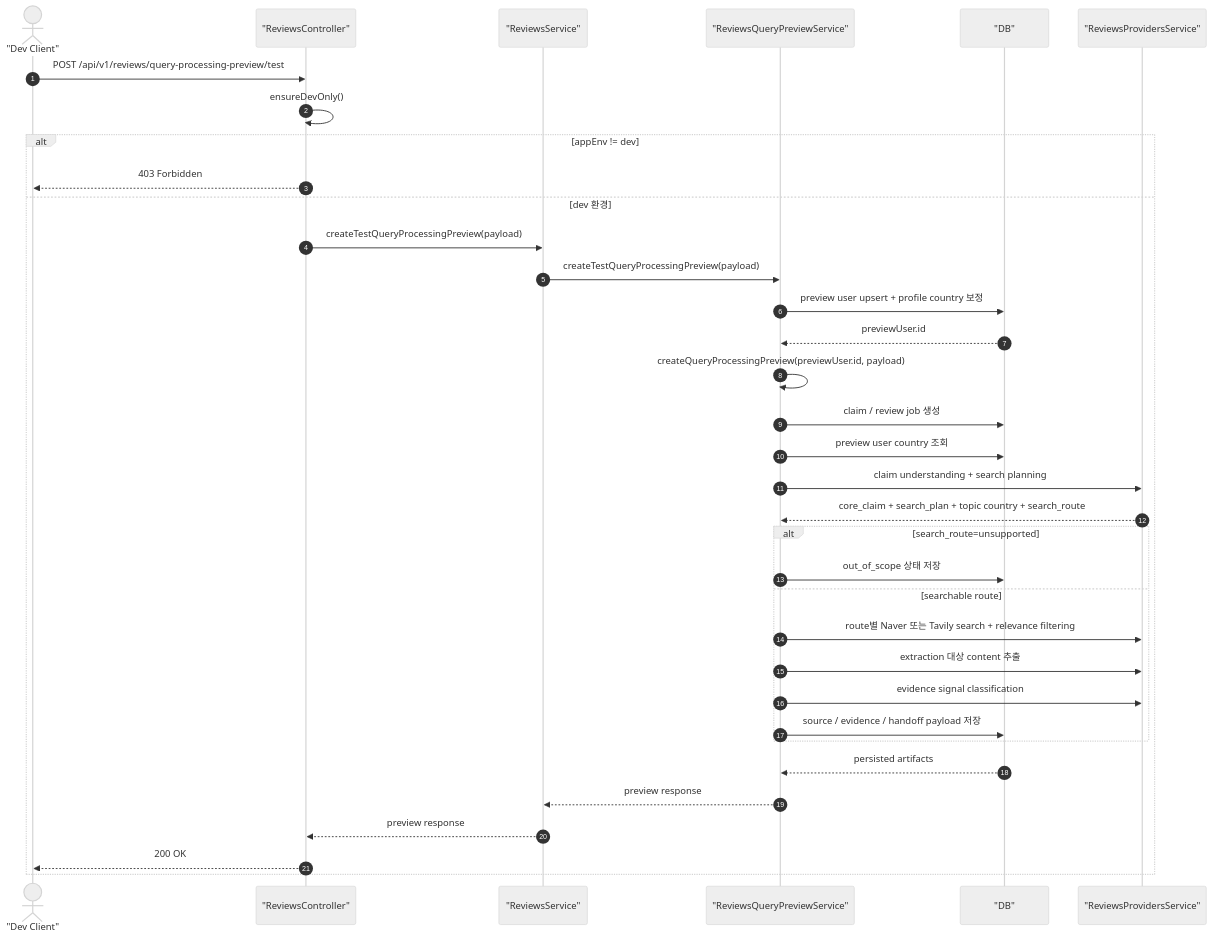
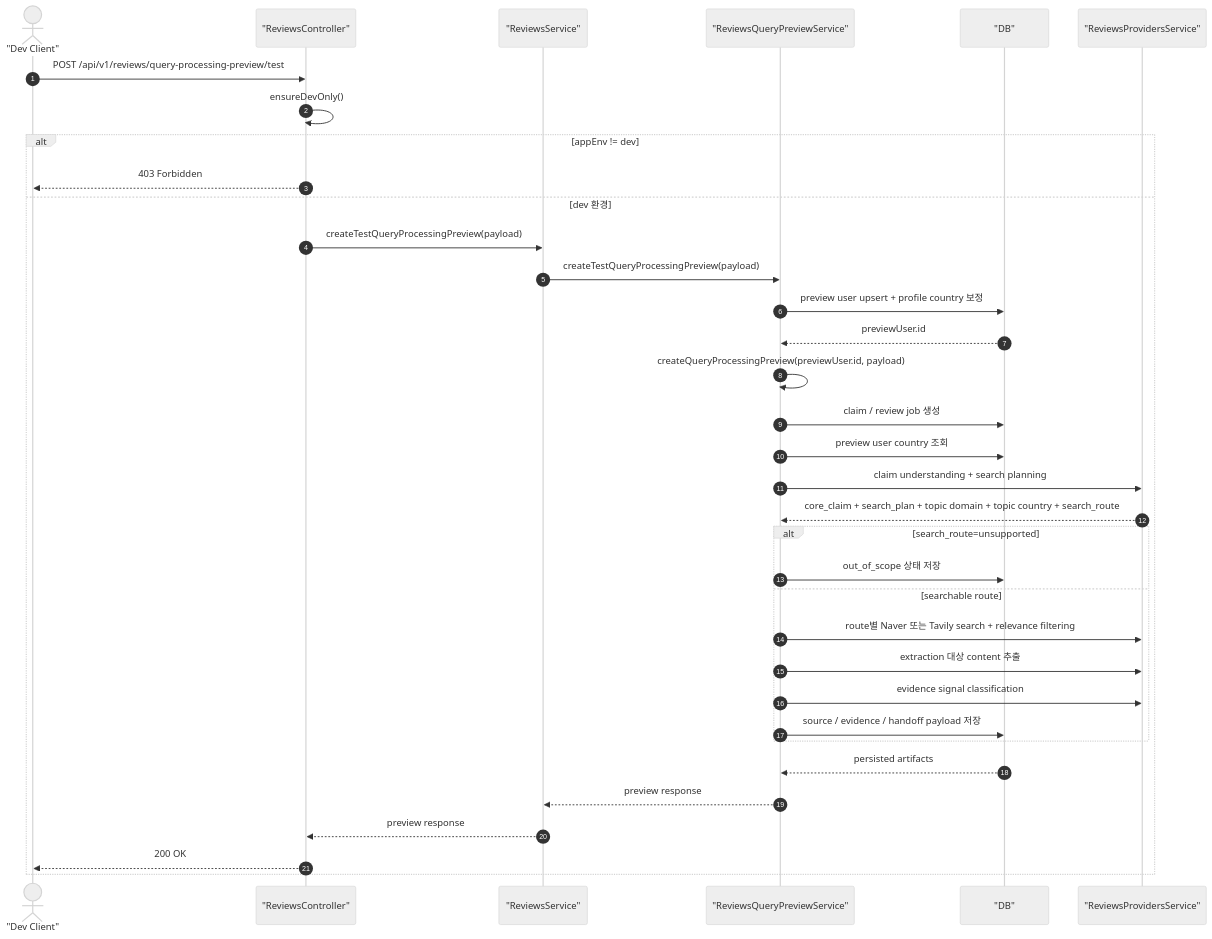
Before and after one commit to dyjeong576/varo: the second of 2 diagrams in docs/review-query-processing.md, drawn with Mermaid (neutral theme). The commit also changed other lines of this file and 15 other files, not shown here.

First line of the commit message:
Refactor Reviews Service for Korean News and Tavily Search Integration

````diff
--- a/docs/review-query-processing.md
+++ b/docs/review-query-processing.md
@@ -245,39 +227,39 @@
 ```mermaid
 sequenceDiagram
     autonumber
     actor DevClient as "Dev Client"
     participant Controller as "ReviewsController"
     participant ReviewsService as "ReviewsService"
     participant QueryPreviewService as "ReviewsQueryPreviewService"
     participant DB as "DB"
     participant Providers as "ReviewsProvidersService"
 
     DevClient->>Controller: POST /api/v1/reviews/query-processing-preview/test
     Controller->>Controller: ensureDevOnly()
 
     alt appEnv != dev
         Controller-->>DevClient: 403 Forbidden
     else dev 환경
         Controller->>ReviewsService: createTestQueryProcessingPreview(payload)
         ReviewsService->>QueryPreviewService: createTestQueryProcessingPreview(payload)
         QueryPreviewService->>DB: preview user upsert + profile country 보정
         DB-->>QueryPreviewService: previewUser.id
         QueryPreviewService->>QueryPreviewService: createQueryProcessingPreview(previewUser.id, payload)
         QueryPreviewService->>DB: claim / review job 생성
         QueryPreviewService->>DB: preview user country 조회
         QueryPreviewService->>Providers: claim understanding + search planning
-        Providers-->>QueryPreviewService: core_claim + search_plan + topic country + search_route
+        Providers-->>QueryPreviewService: core_claim + search_plan + topic domain + topic country + search_route
         alt search_route=unsupported
             QueryPreviewService->>DB: out_of_scope 상태 저장
         else searchable route
             QueryPreviewService->>Providers: route별 Naver 또는 Tavily search + relevance filtering
             QueryPreviewService->>Providers: extraction 대상 content 추출
             QueryPreviewService->>Providers: evidence signal classification
             QueryPreviewService->>DB: source / evidence / handoff payload 저장
         end
         DB-->>QueryPreviewService: persisted artifacts
         QueryPreviewService-->>ReviewsService: preview response
         ReviewsService-->>Controller: preview response
         Controller-->>DevClient: 200 OK
     end
 ```
````
